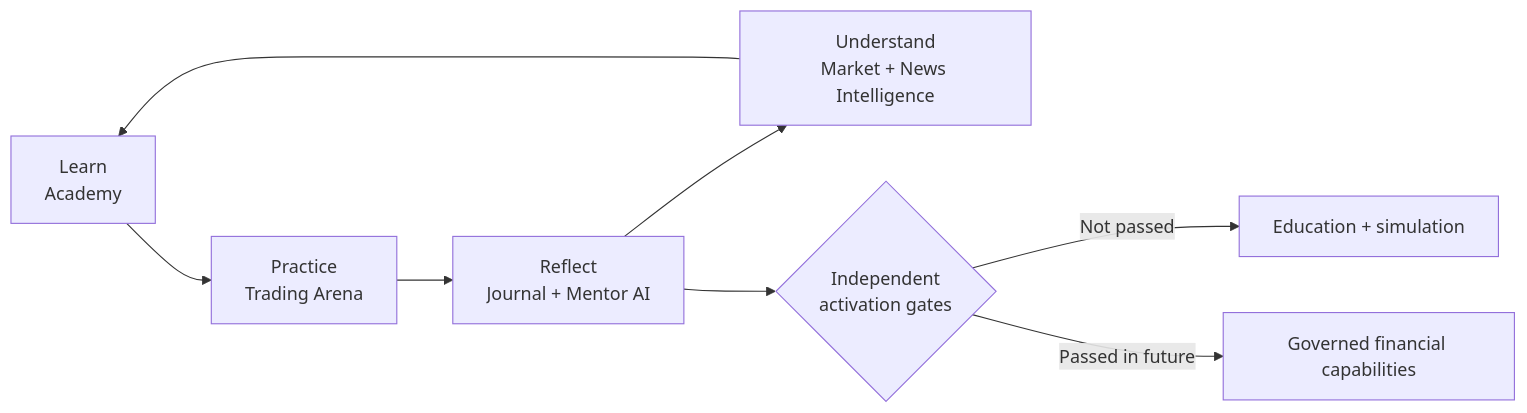
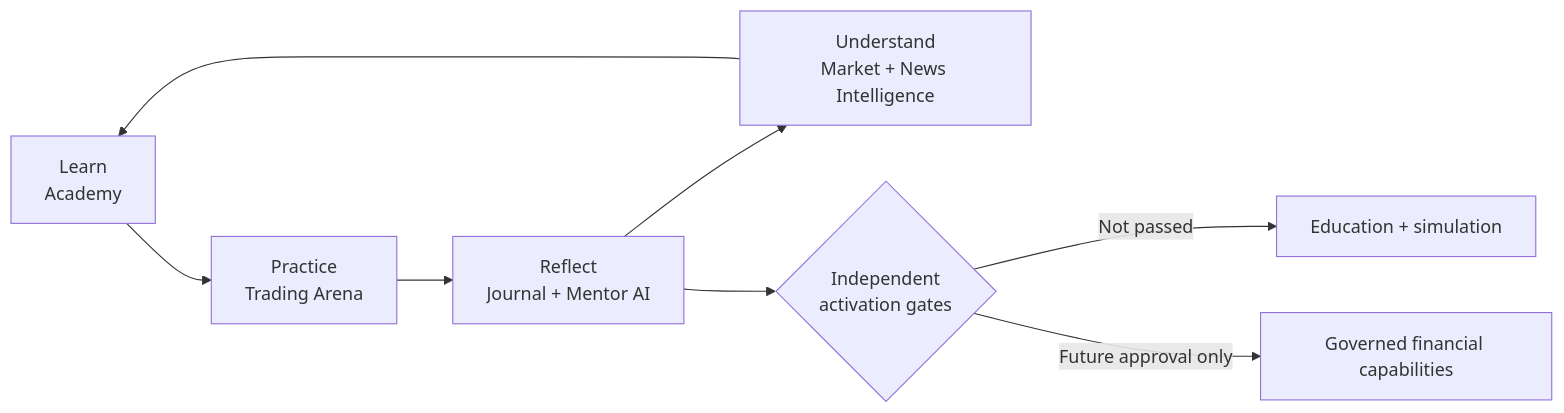
One commit to tecpey/Tecpey-Os changed the first of 2 diagrams in README.md. Above: the diagram before and after it, drawn with Mermaid. The commit also changed other lines of this file, not shown here.

````diff
--- a/README.md
+++ b/README.md
@@ -28,10 +28,10 @@
 ```mermaid
 flowchart LR
     A[Learn\nAcademy] --> B[Practice\nTrading Arena]
     B --> C[Reflect\nJournal + Mentor AI]
     C --> D[Understand\nMarket + News Intelligence]
     D --> A
     C --> E{Independent\nactivation gates}
     E -->|Not passed| F[Education + simulation]
-    E -->|Passed in future| G[Governed financial capabilities]
+    E -->|Future approval only| G[Governed financial capabilities]
 ```
````
